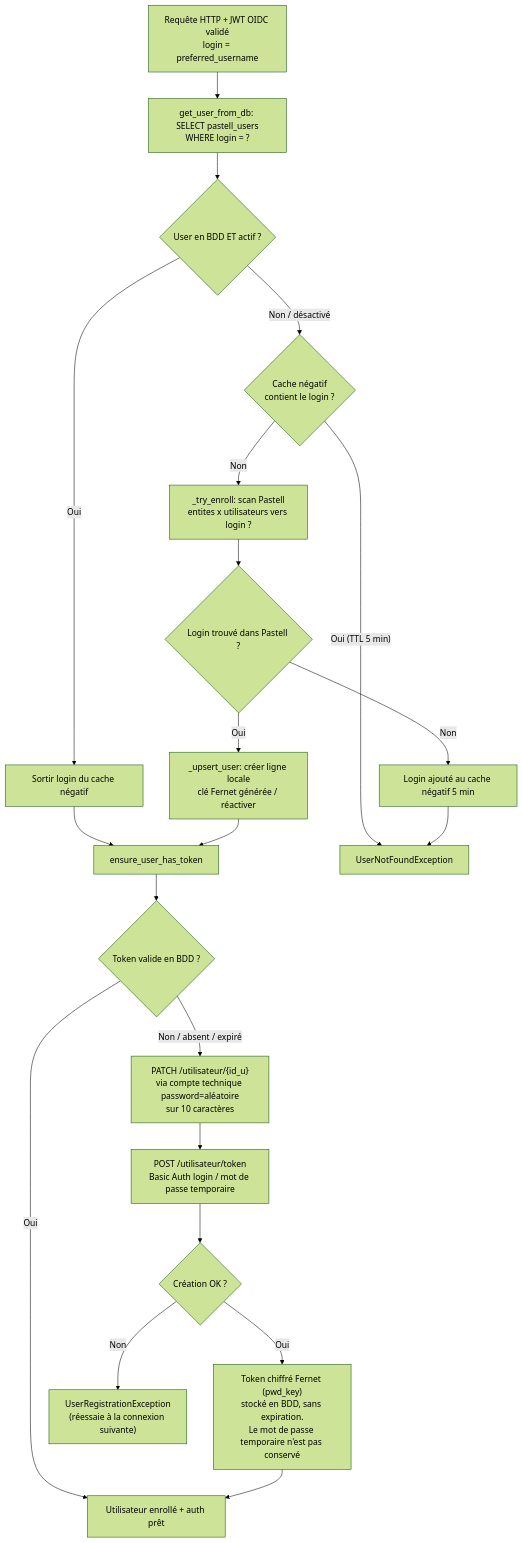
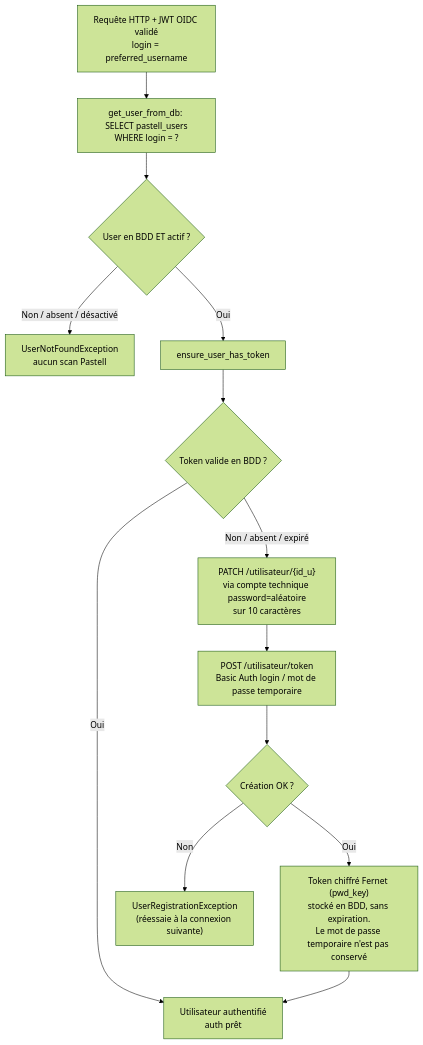
One commit to megalis-bretagne/MegActe changed the second of 2 diagrams in back/docs/enrollment.md. Above: the diagram before and after it, drawn with Mermaid (forest theme). The commit also changed other lines of this file and 2 other files, not shown here.

First line of the commit message:
Update enrollment process: don't scan where a user is unknown

````diff
--- a/back/docs/enrollment.md
+++ b/back/docs/enrollment.md
@@ -52,19 +54,14 @@
 ```mermaid
 flowchart TD
     A[Requête HTTP + JWT OIDC validé<br/>login = preferred_username] --> B[get_user_from_db: SELECT pastell_users<br/>WHERE login = ?] --> C{User en BDD ET actif ?}
 
-    C -- Oui --> D[Sortir login du cache négatif] --> E[ensure_user_has_token]
-
-    C -- Non / désactivé --> F{Cache négatif<br/>contient le login ?}
-    F -- Oui (TTL 5 min) --> G[UserNotFoundException]
-    F -- Non --> H[_try_enroll: scan Pastell<br/>entites x utilisateurs vers login ?] --> I{Login trouvé dans Pastell ?}
-    I -- Non --> J[Login ajouté au cache négatif 5 min] --> G
-    I -- Oui --> K[_upsert_user: créer ligne locale<br/>clé Fernet générée / réactiver] --> E
+    C -- Non / absent / désactivé --> D[UserNotFoundException<br/>aucun scan Pastell]
+    C -- Oui --> E[ensure_user_has_token]
 
     E --> L{Token valide en BDD ?}
-    L -- Oui --> M[Utilisateur enrollé + auth prêt]
+    L -- Oui --> M[Utilisateur authentifié<br/>auth prêt]
 
     L -- Non / absent / expiré --> N["PATCH /utilisateur/{id_u}<br/>via compte technique password=aléatoire<br/>sur 10 caractères"] --> O["POST /utilisateur/token<br/>Basic Auth login / mot de passe temporaire"] --> P{Création OK ?}
     P -- Oui --> Q["Token chiffré Fernet (pwd_key)<br/>stocké en BDD, sans expiration.<br/>Le mot de passe temporaire n'est pas conservé"] --> M
     P -- Non --> R["UserRegistrationException<br/>(réessaie à la connexion suivante)"]
 ```
````
